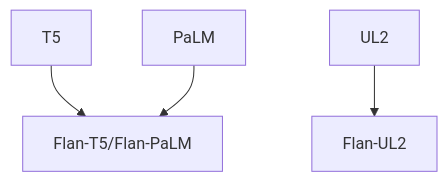
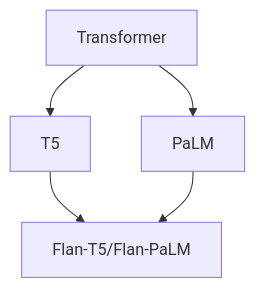
The ninth of 14 diagrams in doc/llm.md (ted-sharp/chatvox), drawn with Mermaid before and after one commit. The commit also changed other lines of this file, not shown here.

````diff
--- a/doc/llm.md
+++ b/doc/llm.md
@@ -355,7 +393,6 @@
 ```mermaid
 flowchart
 
-T5 --> Flan-T5/Flan-PaLM
-PaLM --> Flan-T5/Flan-PaLM
-UL2 --> Flan-UL2
+Transformer --> T5 --> Flan-T5/Flan-PaLM
+Transformer --> PaLM --> Flan-T5/Flan-PaLM
 ```
````
